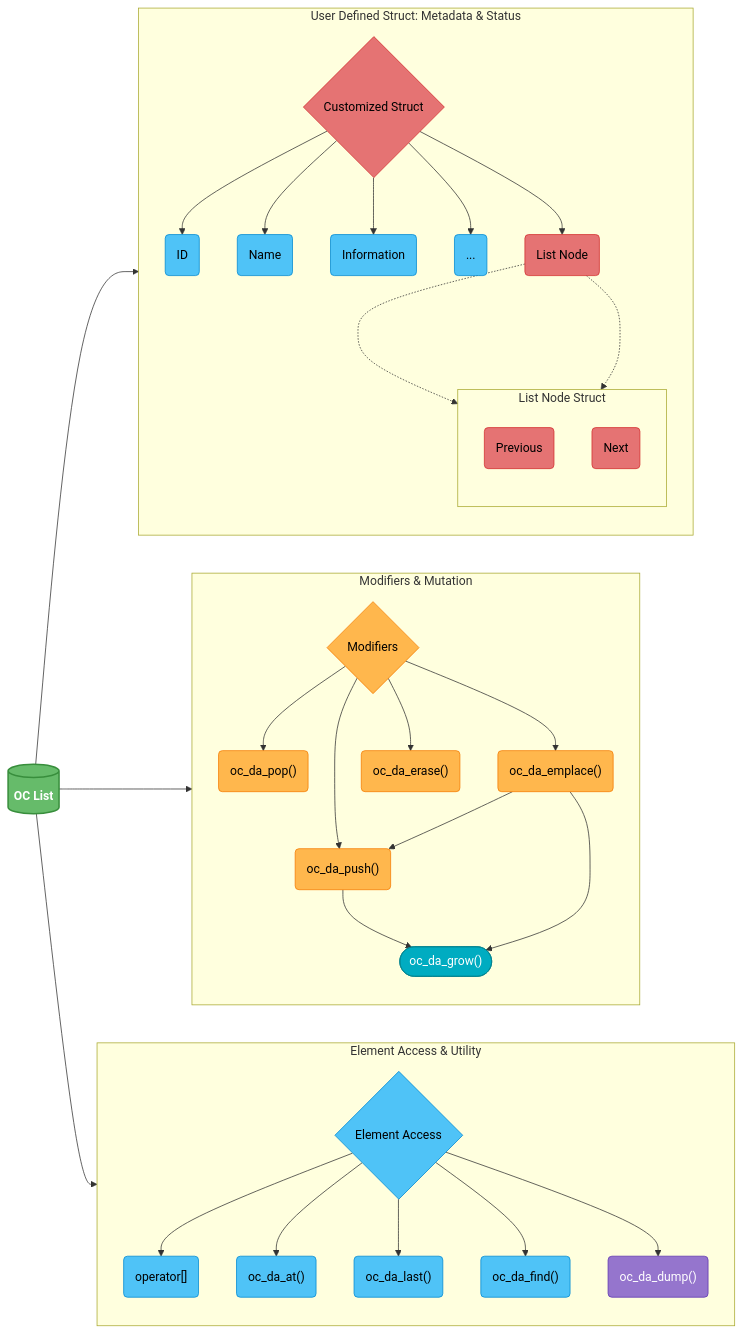
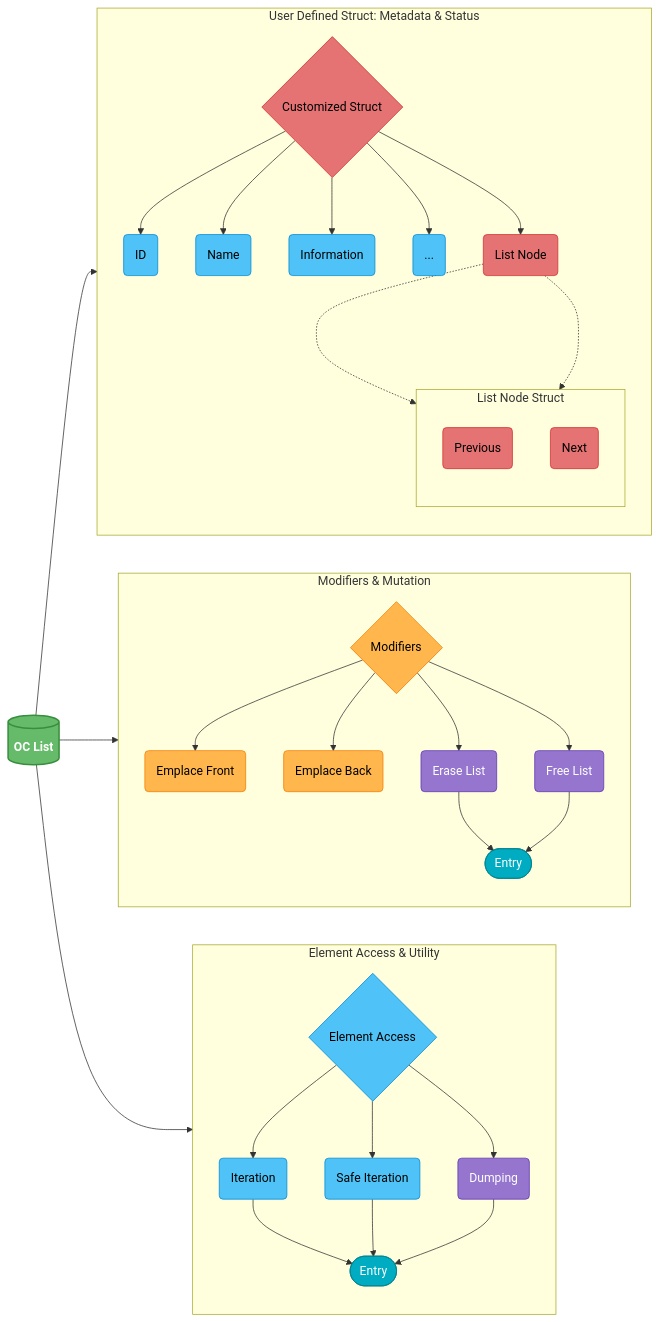
The diagram in docs/list.md (xxraincandyxx/OmniC), drawn with Mermaid before and after one commit.

Commit message:
docs(clang:list): update arch

````diff
--- a/docs/list.md
+++ b/docs/list.md
@@ -3,66 +3,68 @@
 ```mermaid
 %%{init: {'flowchart': {'htmlLabels': false}}}%%
 flowchart LR
 
-%% 1. STYLES DEFINITION
+%% STYLES DEFINITION
   classDef mainNode fill:#66BB6A,stroke:#388E3C,stroke-width:2px,color:#FFFFFF,rx:8px,ry:8px,font-weight:bold
   classDef metadata fill:#E57373,stroke:#D32F2F,color:#000,rx:5px,ry:5px
   classDef access fill:#4FC3F7,stroke:#0288D1,color:#000,rx:5px,ry:5px
   classDef modifier fill:#FFB74D,stroke:#F57C00,color:#000,rx:5px,ry:5px
   classDef utility fill:#9575CD,stroke:#5E35B1,color:#FFFFFF
   classDef action fill:#00ACC1,stroke:#00838F,color:#FFFFFF
 
-%% 2. MAIN NODE
+%% MAIN NODE
   A[(OC List)]:::mainNode
 
-%% 3. SUBGRAPHS FOR LOGICAL GROUPING
+%% SUBGRAPHS FOR LOGICAL GROUPING
   subgraph S_META [User Defined Struct: Metadata & Status]
     B0{Customized Struct}:::metadata
     C_ID("ID"):::access
     C_NAME("Name"):::access
     C_INFO("Information"):::access
     C_ETC("..."):::access
     C_LIST_NODE("List Node"):::metadata
     B0 --> C_ID & C_NAME & C_INFO & C_ETC & C_LIST_NODE
 
     subgraph S_NODE[List Node Struct]
       direction TB
       SN_P("Previous"):::metadata;
       SN_N("Next"):::metadata;
     end
 
     C_LIST_NODE -..-> SN_P;
     C_LIST_NODE -..-> SN_N;
   end
 
   subgraph S_MOD [Modifiers & Mutation]
     B1{Modifiers}:::modifier
-    C_PUSH("oc_da_push()"):::modifier
-    C_POP("oc_da_pop()"):::modifier
-    C_EMPLACE("oc_da_emplace()"):::modifier
-    C_ERASE("oc_da_erase()"):::modifier
-    D_GROW(["oc_da_grow()"]):::action
+    C_FRONT("Emplace Front"):::modifier
+    C_BACK("Emplace Back"):::modifier
+    C_ERASE("Erase List"):::utility
+    C_FREE("Free List"):::utility
+    C_ENTRY(["Entry"]):::action
 
-    B1 --> C_PUSH & C_POP & C_EMPLACE & C_ERASE
-    
-    C_PUSH --> D_GROW
-    C_EMPLACE --> C_PUSH
-    C_EMPLACE --> D_GROW
+    B1 --> C_FRONT & C_BACK & C_ERASE & C_FREE
+
+    C_ERASE --> C_ENTRY
+    C_FREE --> C_ENTRY
   end
 
   subgraph S_ACCESS [Element Access & Utility]
     B2{Element Access}:::access
-    C_OP_BRACKET("operator[]"):::access
-    C_AT("oc_da_at()"):::access
-    C_LAST("oc_da_last()"):::access
-    C_FIND("oc_da_find()"):::access
-    C_DUMP("oc_da_dump()"):::utility
+    C_ITER("Iteration"):::access
+    C_SAFE_ITER("Safe Iteration"):::access
+    C_DUMP("Dumping"):::utility
 
-    B2 --> C_OP_BRACKET & C_AT & C_LAST & C_FIND & C_DUMP
+    C_ENTRY_(["Entry"]):::action
+
+    B2 --> C_ITER & C_SAFE_ITER & C_DUMP
+    C_ITER --> C_ENTRY_
+    C_SAFE_ITER --> C_ENTRY_
+    C_DUMP --> C_ENTRY_
   end
 
-%% 4. CONNECTIONS TO MAIN NODE
+%% CONNECTIONS TO MAIN NODE
   A --> S_META
   A --> S_MOD
   A --> S_ACCESS
 ```
````
